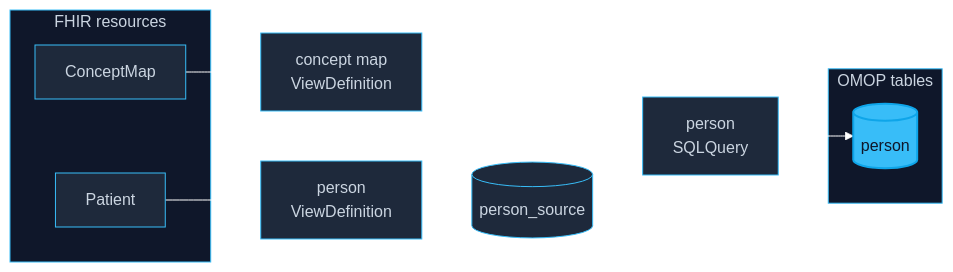
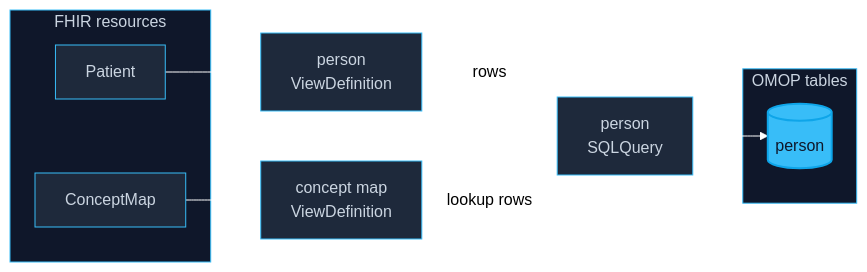
One commit to fhir4ds/fhir4ds changed the diagram in web/website/docs/examples/fhir-to-omop.mdx. Above: the diagram before and after it, drawn with Mermaid (neutral theme). The commit also changed other lines of this file and 14 other files, not shown here.

First line of the commit message:
refactor(omop): the reshape carries the source id, not person_id

````diff
--- a/web/website/docs/examples/fhir-to-omop.mdx
+++ b/web/website/docs/examples/fhir-to-omop.mdx
@@ -20,28 +20,27 @@
 ```mermaid
 flowchart LR
     subgraph FHIR["FHIR resources"]
         Patient[Patient]
         ConceptMap[ConceptMap]
     end
 
     subgraph OMOP["OMOP tables"]
         Person[(person)]
     end
 
     Patient --> PersonVD["person<br/>ViewDefinition"]
     ConceptMap --> MapVD["concept map<br/>ViewDefinition"]
-    PersonVD --> Source[("person_source")]
-    MapVD --> SQ["person<br/>SQLQuery"]
-    Source --> SQ
+    PersonVD -->|rows| SQ["person<br/>SQLQuery"]
+    MapVD -->|lookup rows| SQ
     SQ --> Person
 
     classDef default fill:#1e293b,stroke:#38bdf8,color:#cbd5e1,stroke-width:1px
     classDef highlight fill:#38bdf8,stroke:#0ea5e9,color:#0f172a,stroke-width:2px
 
-    class Patient,ConceptMap,PersonVD,MapVD,Source,SQ default
+    class Patient,ConceptMap,PersonVD,MapVD,SQ default
     class Person highlight
 
     linkStyle default stroke:#fff,stroke-width:1px
     style FHIR fill:#0f172a,stroke:#38bdf8,color:#cbd5e1
     style OMOP fill:#0f172a,stroke:#38bdf8,color:#cbd5e1
 ```
````
